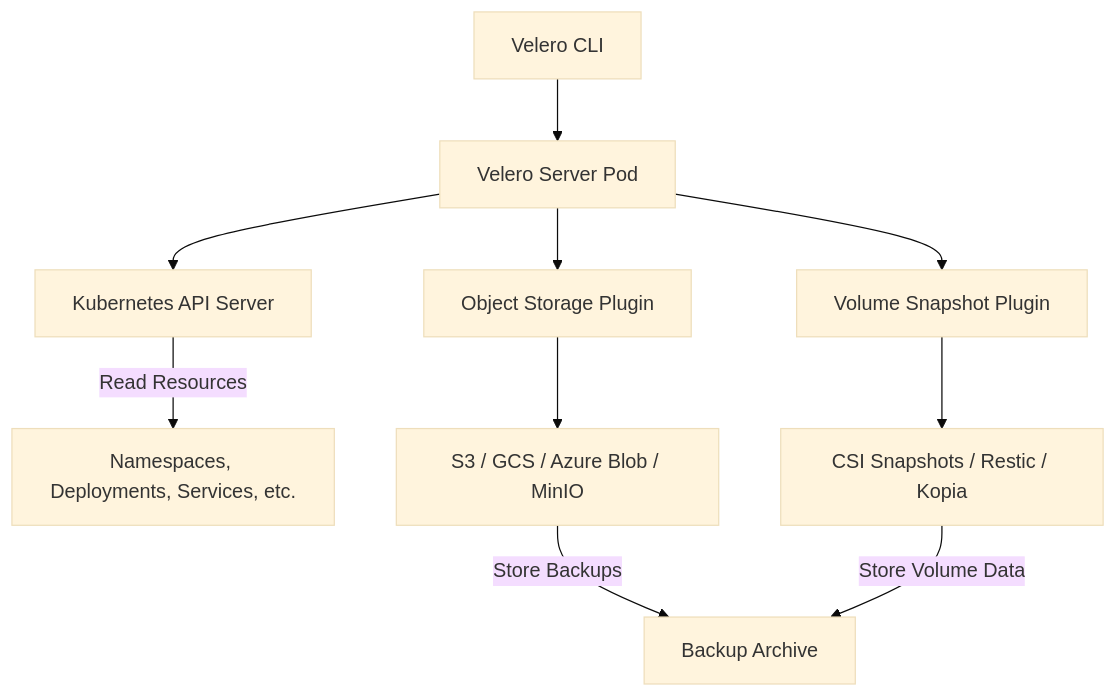
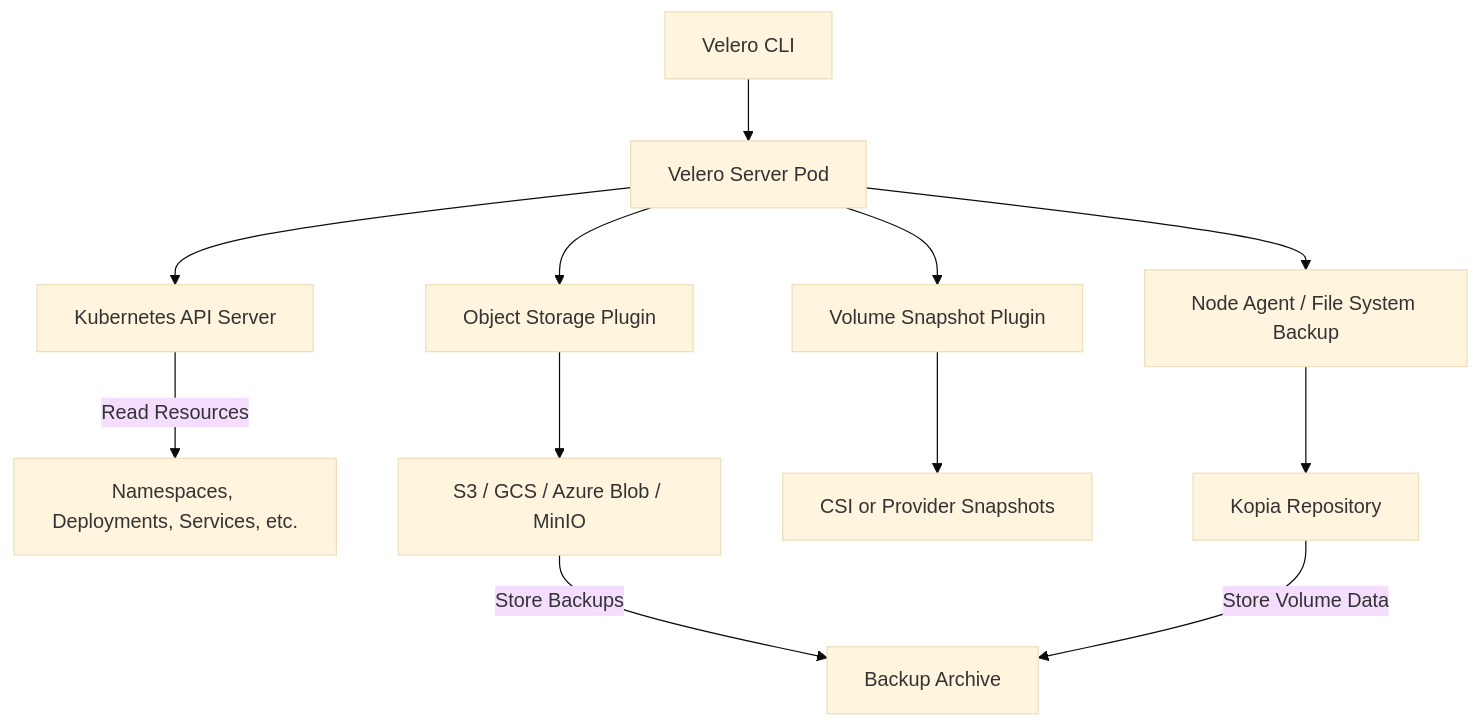
The first of 4 diagrams in posts/2026-02-20-velero-kubernetes-backup/README.md (OneUptime/blog), drawn with Mermaid (base theme) before and after one commit. The commit also changed other lines of this file and 2 other files, not shown here.

Commit message:
validate: 2026-02-20-velero-kubernetes-backup

````diff
--- a/posts/2026-02-20-velero-kubernetes-backup/README.md
+++ b/posts/2026-02-20-velero-kubernetes-backup/README.md
@@ -17,12 +17,14 @@
 ```mermaid
 graph TD
     A[Velero CLI] --> B[Velero Server Pod]
     B --> C[Kubernetes API Server]
     C -->|Read Resources| D[Namespaces, Deployments, Services, etc.]
     B --> E[Object Storage Plugin]
     E --> F[S3 / GCS / Azure Blob / MinIO]
     B --> G[Volume Snapshot Plugin]
-    G --> H[CSI Snapshots / Restic / Kopia]
+    G --> H[CSI or Provider Snapshots]
+    B --> J[Node Agent / File System Backup]
+    J --> K[Kopia Repository]
     F -->|Store Backups| I[Backup Archive]
-    H -->|Store Volume Data| I
+    K -->|Store Volume Data| I
 ```
````
